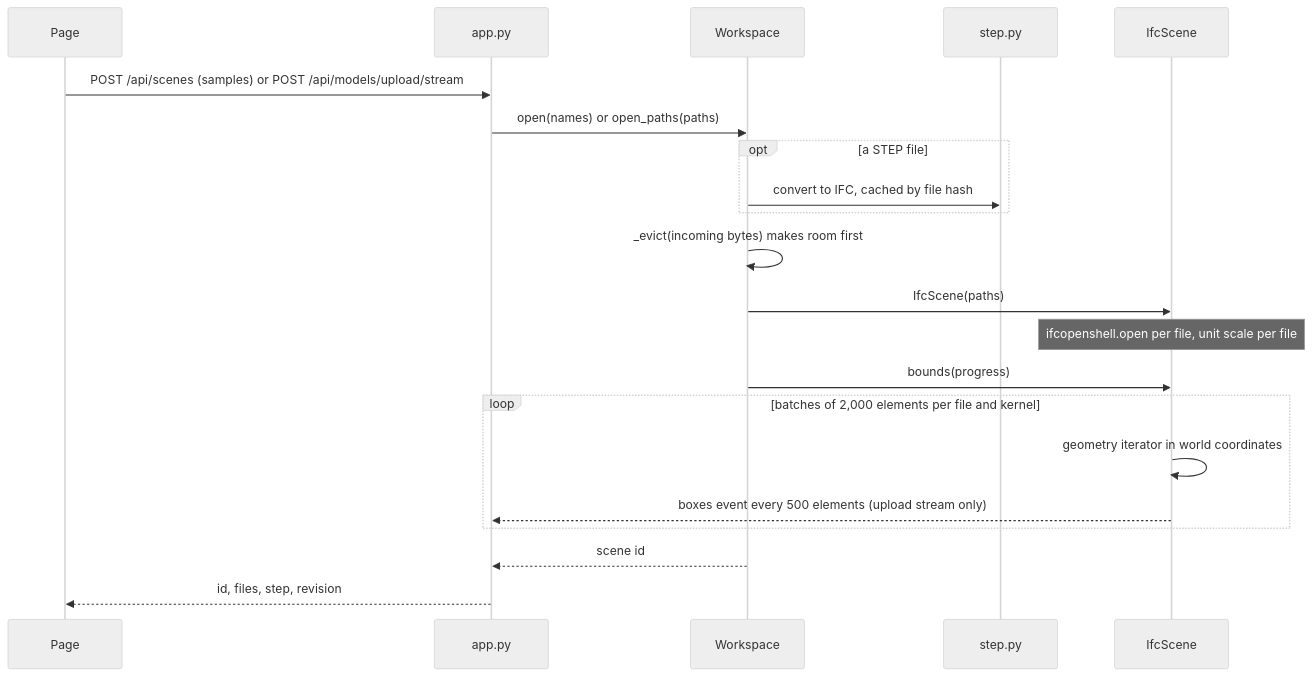
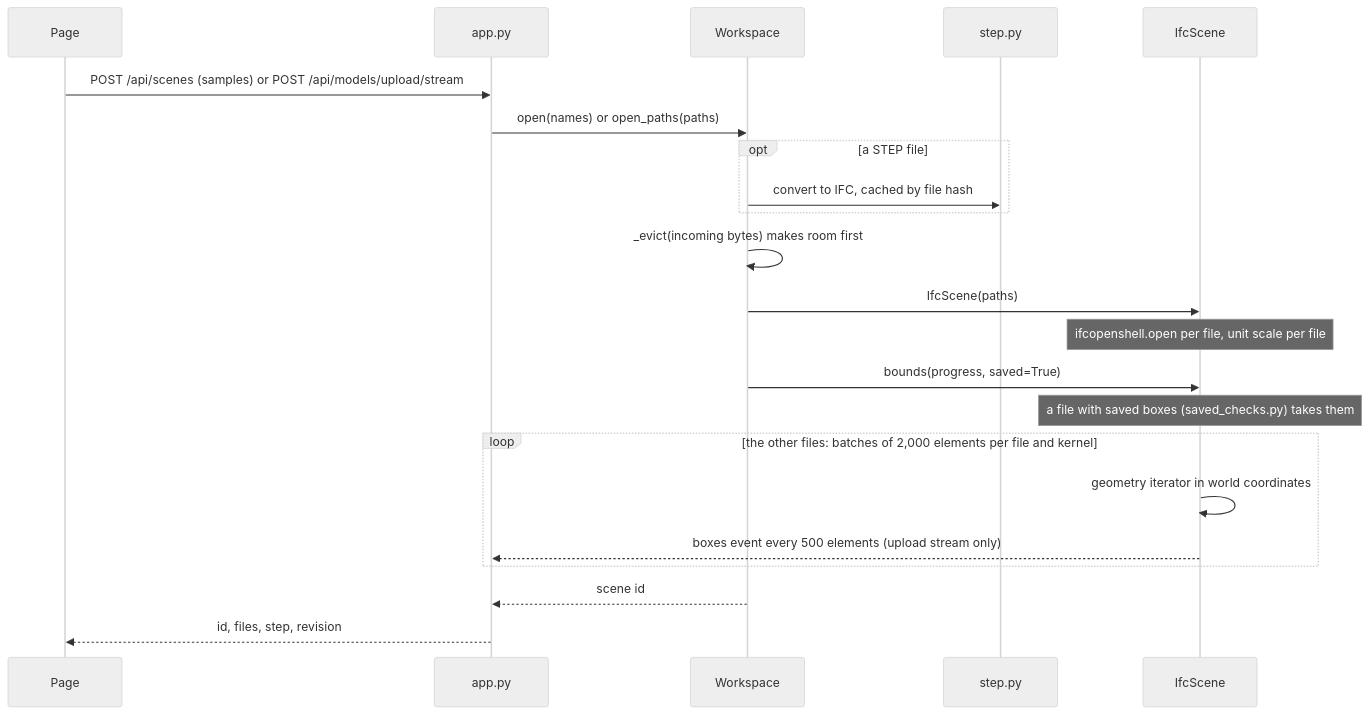
Before and after one commit to Saravana-Rajan/IRIS: the first of 3 diagrams in docs/architecture/06-geometry-and-detection.md, drawn with Mermaid (neutral theme). The commit also changed other lines of this file and 21 other files, not shown here.

````diff
--- a/docs/architecture/06-geometry-and-detection.md
+++ b/docs/architecture/06-geometry-and-detection.md
@@ -30,23 +32,24 @@
 ```mermaid
 sequenceDiagram
     participant page as Page
     participant api as app.py
     participant ws as Workspace
     participant step as step.py
     participant scene as IfcScene
     page->>api: POST /api/scenes (samples) or POST /api/models/upload/stream
     api->>ws: open(names) or open_paths(paths)
     opt a STEP file
         ws->>step: convert to IFC, cached by file hash
     end
     ws->>ws: _evict(incoming bytes) makes room first
     ws->>scene: IfcScene(paths)
     Note over scene: ifcopenshell.open per file, unit scale per file
-    ws->>scene: bounds(progress)
-    loop batches of 2,000 elements per file and kernel
+    ws->>scene: bounds(progress, saved=True)
+    Note over scene: a file with saved boxes (saved_checks.py) takes them
+    loop the other files: batches of 2,000 elements per file and kernel
         scene->>scene: geometry iterator in world coordinates
         scene-->>api: boxes event every 500 elements (upload stream only)
     end
     ws-->>api: scene id
     api-->>page: id, files, step, revision
 ```
````
